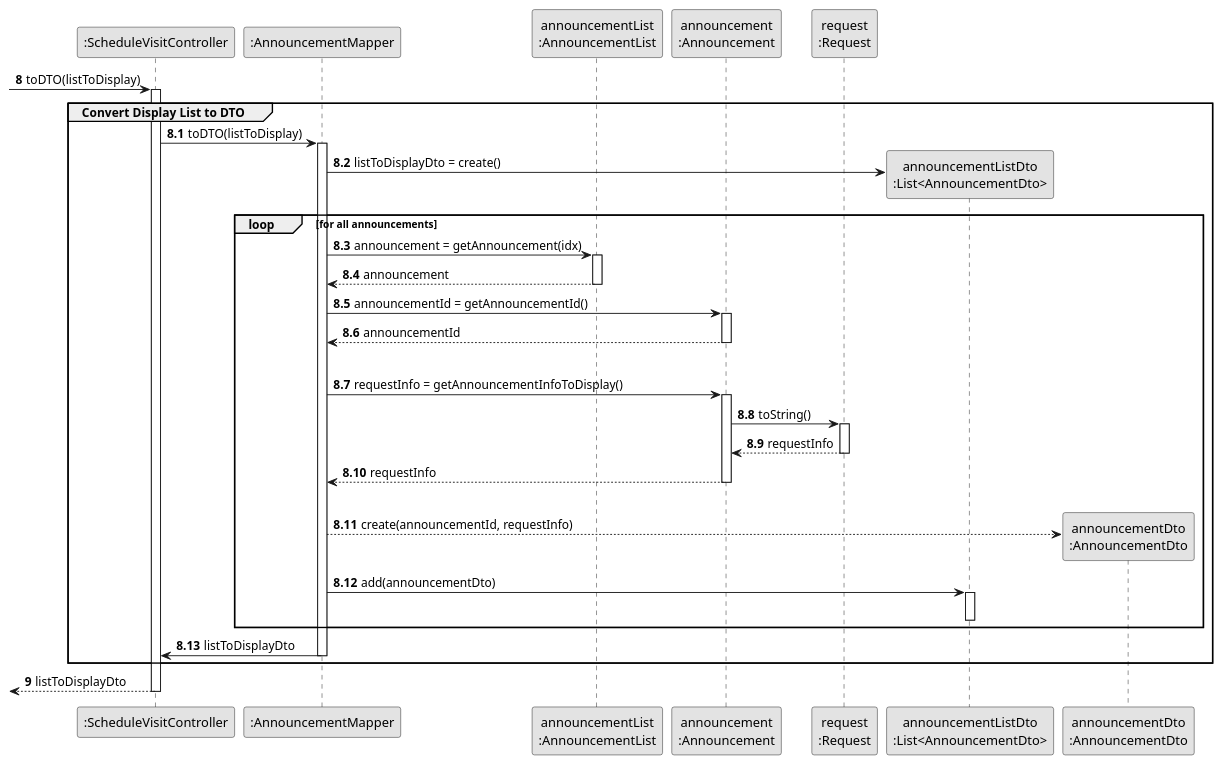
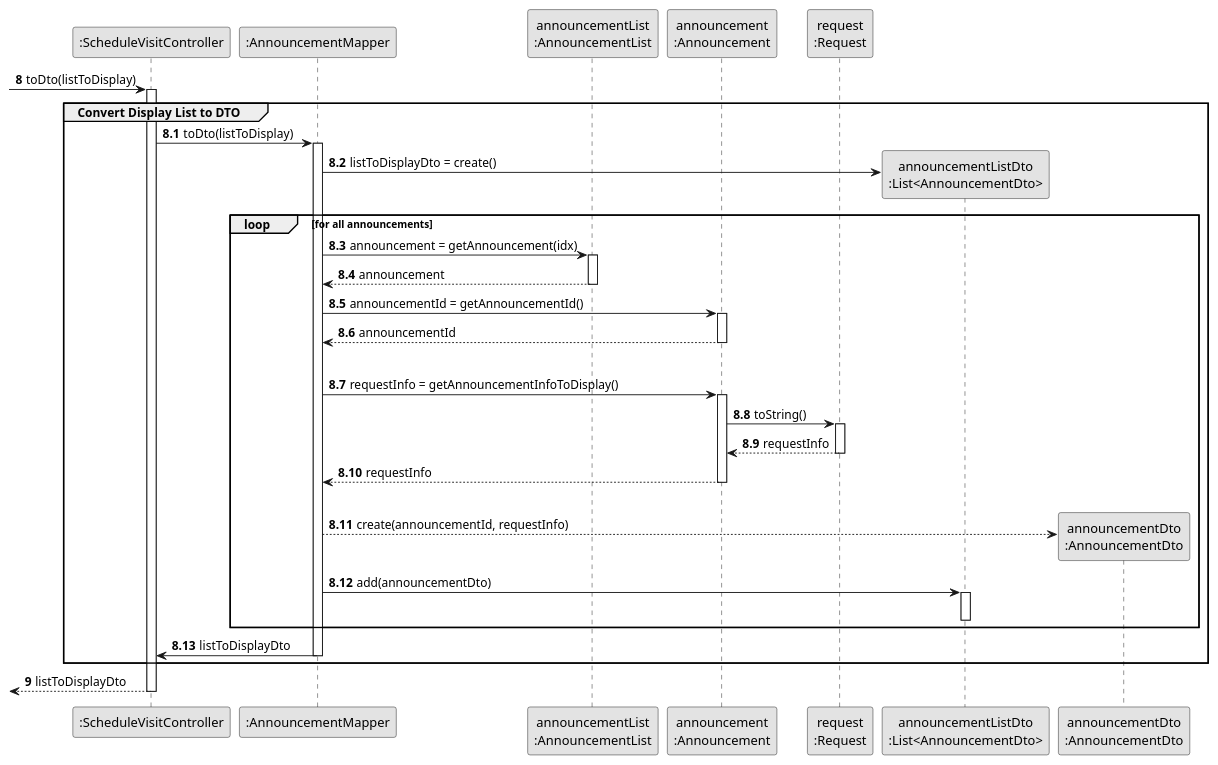
Before and after one commit to rita-barbosa/LAPR2-2223: the diagram in docs/sprintC/us009/03.design/puml/us009-sequence-diagram-partial-convert-display-list-to-DTO.puml, drawn with PlantUML.

Commit message:
Convert List to DTO Partial SD update [US009] [Design]

```diff
--- a/docs/sprintC/us009/03.design/puml/us009-sequence-diagram-partial-convert-display-list-to-DTO.puml
+++ b/docs/sprintC/us009/03.design/puml/us009-sequence-diagram-partial-convert-display-list-to-DTO.puml
@@ -1,75 +1,75 @@
 @startuml
 skinparam monochrome true
 skinparam packageStyle rectangle
 skinparam shadowing false
 
 
 participant ":ScheduleVisitController" as CTRL
 participant ":AnnouncementMapper" as MAPPER
 participant "announcementList\n:AnnouncementList" as LISTCLASS
 participant "announcement\n:Announcement" as ANNOUNCE
 participant "request\n:Request" as REQUEST
 participant "announcementListDto\n:List<AnnouncementDto>" as LISTDTO
 participant "announcementDto\n:AnnouncementDto" as ANCDTO
 
 
 autonumber 8
 
- -> CTRL : toDTO(listToDisplay)
+ -> CTRL : toDto(listToDisplay)
 
 activate CTRL
 
     autonumber 8.1
 
     group Convert Display List to DTO
 
-        CTRL -> MAPPER : toDTO(listToDisplay)
+        CTRL -> MAPPER : toDto(listToDisplay)
         activate MAPPER
 
         MAPPER -> LISTDTO** : listToDisplayDto = create()
 
         loop for all announcements
 
         MAPPER -> LISTCLASS : announcement = getAnnouncement(idx)
         activate LISTCLASS
 
             LISTCLASS --> MAPPER : announcement
         deactivate LISTCLASS
 
         MAPPER -> ANNOUNCE : announcementId = getAnnouncementId()
         activate ANNOUNCE
 
         ANNOUNCE --> MAPPER : announcementId
         deactivate ANNOUNCE
 |||
         MAPPER -> ANNOUNCE : requestInfo = getAnnouncementInfoToDisplay()
         activate ANNOUNCE
 
             ANNOUNCE -> REQUEST : toString()
             activate REQUEST
 
                 REQUEST --> ANNOUNCE : requestInfo
             deactivate REQUEST
 
             ANNOUNCE --> MAPPER : requestInfo
         deactivate ANNOUNCE
 |||
 
         MAPPER --> ANCDTO**: create(announcementId, requestInfo)
 
         MAPPER -> LISTDTO : add(announcementDto)
         activate LISTDTO
         deactivate LISTDTO
 
         end loop
 
         MAPPER -> CTRL : listToDisplayDto
         deactivate MAPPER
 
     end group
 
     autonumber 9
     <-- CTRL  : listToDisplayDto
 deactivate CTRL
 
 @enduml
```
